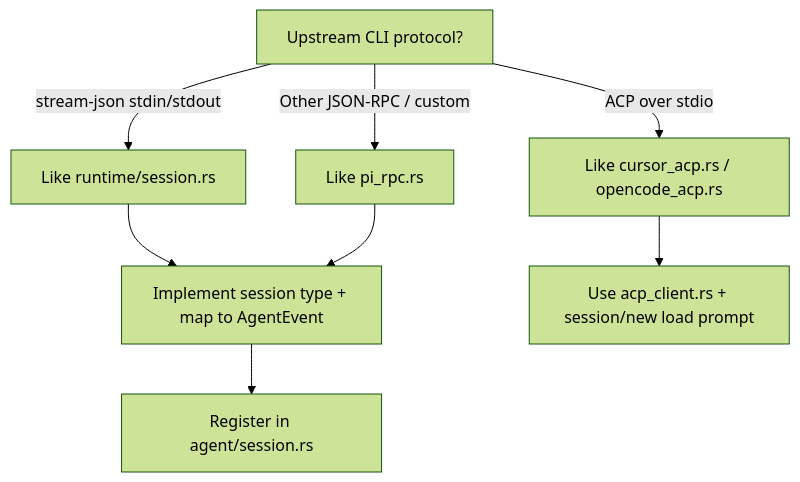
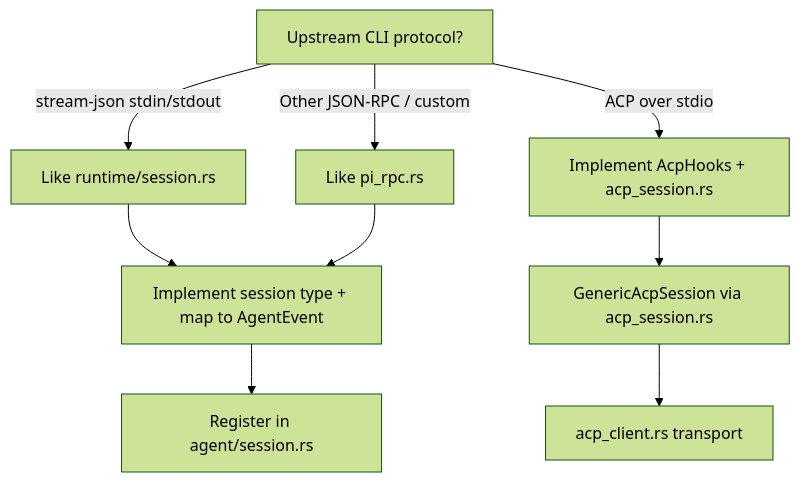
One commit to caixy-plus/cc-gateway changed the diagram in docs/adding-agent-provider.md. Above: the diagram before and after it, drawn with Mermaid (forest theme). The commit also changed other lines of this file and 52 other files, not shown here.

````diff
--- a/docs/adding-agent-provider.md
+++ b/docs/adding-agent-provider.md
@@ -9,11 +9,12 @@
 ```mermaid
 flowchart TD
   Q[Upstream CLI protocol?]
   Q -->|stream-json stdin/stdout| ClaudePath[Like runtime/session.rs]
-  Q -->|ACP over stdio| AcpPath[Like cursor_acp.rs / opencode_acp.rs]
+  Q -->|ACP over stdio| AcpPath[Implement AcpHooks + acp_session.rs]
   Q -->|Other JSON-RPC / custom| CustomPath[Like pi_rpc.rs]
   ClaudePath --> Session[Implement session type + map to AgentEvent]
-  AcpPath --> AcpClient[Use acp_client.rs + session/new load prompt]
+  AcpPath --> AcpSession[GenericAcpSession via acp_session.rs]
+  AcpSession --> AcpClient[acp_client.rs transport]
   CustomPath --> Session
   Session --> AgentRuntime[Register in agent/session.rs]
 ```
````
